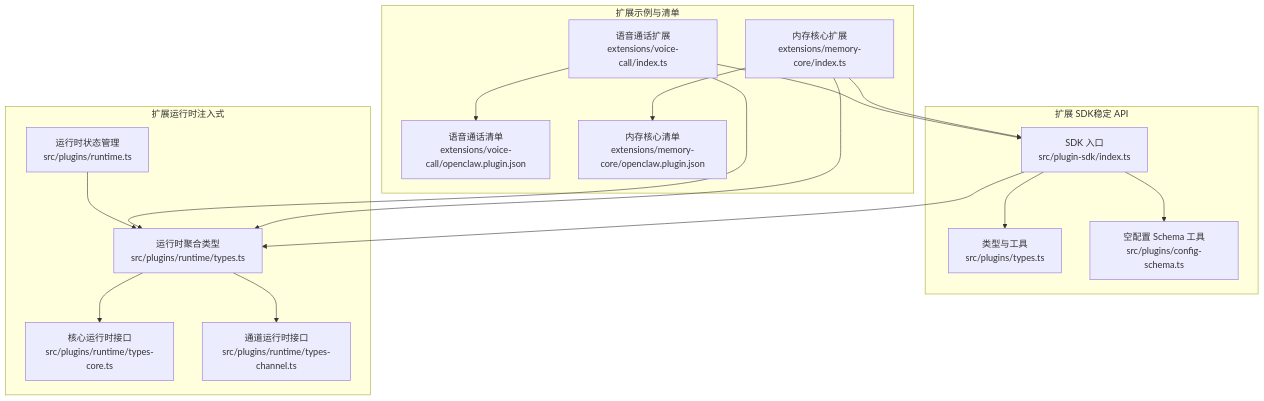
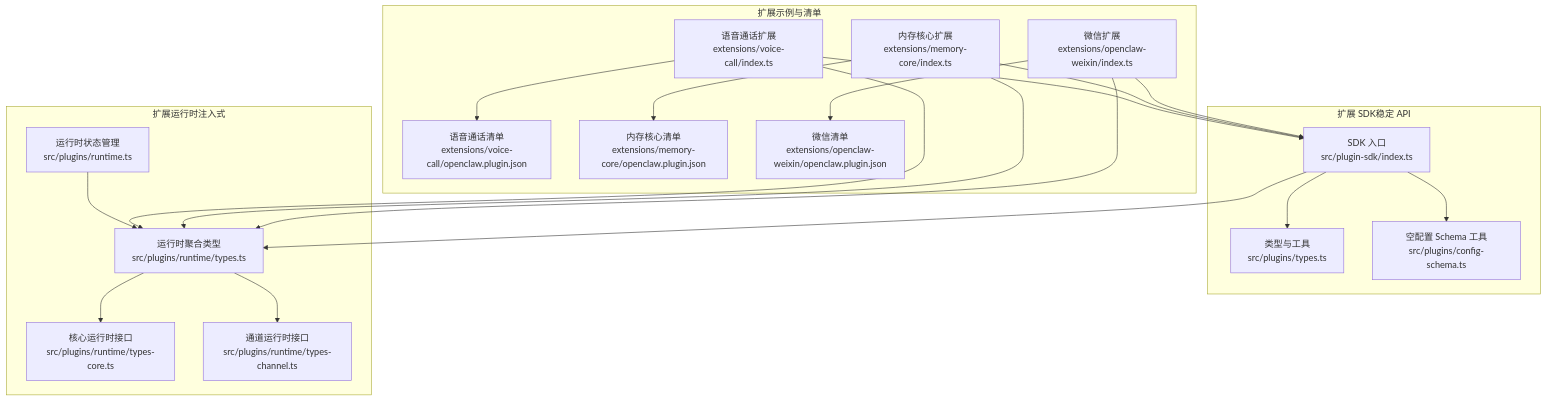
The second of 11 diagrams in .qoder/repowiki/zh/content/插件系统/插件系统.md (verse-ai-org/openclaw), drawn with Mermaid before and after one commit. The commit also changed other lines of this file and 23 other files, not shown here.

````diff
--- a/.qoder/repowiki/zh/content/插件系统/插件系统.md
+++ b/.qoder/repowiki/zh/content/插件系统/插件系统.md
@@ -1089,32 +1106,37 @@
 ```mermaid
 graph TB
 subgraph "扩展 SDK稳定 API"
 SDK_Index["SDK 入口<br/>src/plugin-sdk/index.ts"]
 SDK_Types["类型与工具<br/>src/plugins/types.ts"]
 SDK_Config["空配置 Schema 工具<br/>src/plugins/config-schema.ts"]
 end
 subgraph "扩展运行时注入式"
 RT_Core["核心运行时接口<br/>src/plugins/runtime/types-core.ts"]
 RT_Channel["通道运行时接口<br/>src/plugins/runtime/types-channel.ts"]
 RT_API["运行时聚合类型<br/>src/plugins/runtime/types.ts"]
 RT_State["运行时状态管理<br/>src/plugins/runtime.ts"]
 end
 subgraph "扩展示例与清单"
 VC_Plugin["语音通话扩展<br/>extensions/voice-call/index.ts"]
 VC_Manifest["语音通话清单<br/>extensions/voice-call/openclaw.plugin.json"]
 MC_Plugin["内存核心扩展<br/>extensions/memory-core/index.ts"]
 MC_Manifest["内存核心清单<br/>extensions/memory-core/openclaw.plugin.json"]
+WX_Plugin["微信扩展<br/>extensions/openclaw-weixin/index.ts"]
+WX_Manifest["微信清单<br/>extensions/openclaw-weixin/openclaw.plugin.json"]
 end
 SDK_Index --> SDK_Types
 SDK_Index --> SDK_Config
 SDK_Index --> RT_API
 RT_API --> RT_Core
 RT_API --> RT_Channel
 RT_State --> RT_API
 VC_Plugin --> SDK_Index
 VC_Plugin --> RT_API
 VC_Plugin --> VC_Manifest
 MC_Plugin --> SDK_Index
 MC_Plugin --> RT_API
 MC_Plugin --> MC_Manifest
+WX_Plugin --> SDK_Index
+WX_Plugin --> RT_API
+WX_Plugin --> WX_Manifest
 ```
````
